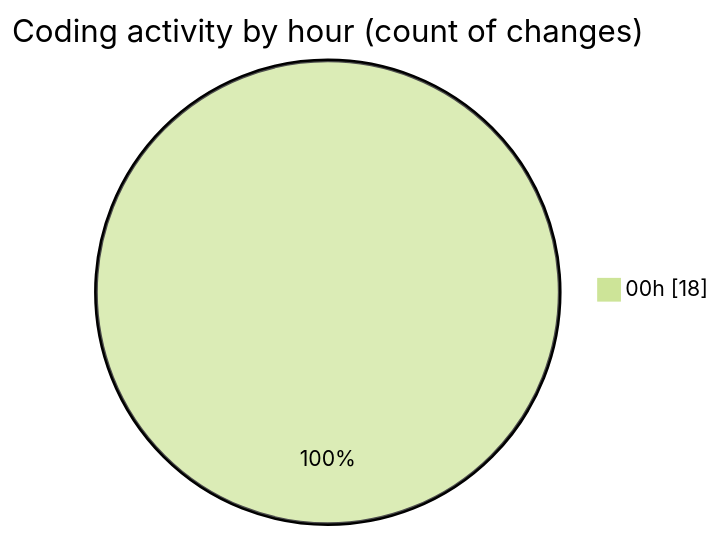
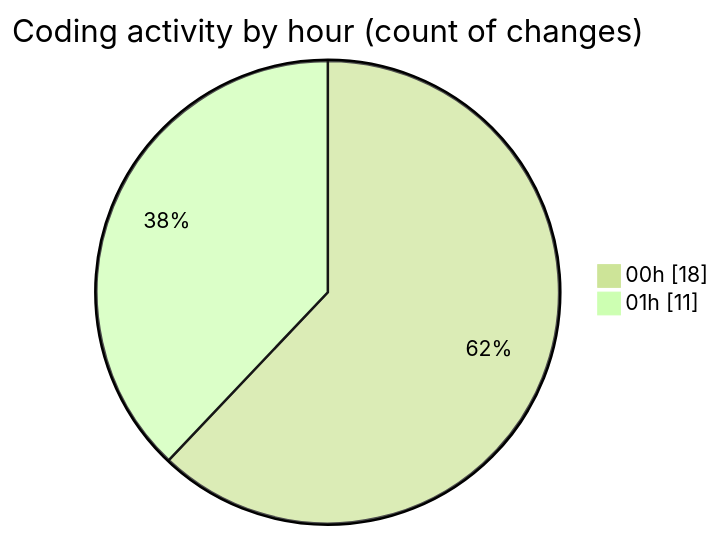
The second of 2 diagrams in 2025-05-12/elitesun/README.md (Elitesun/code-tracking), drawn with Mermaid (forest theme) before and after one commit. The commit also changed other lines of this file and 1 other file, not shown here.

````diff
--- a/2025-05-12/elitesun/README.md
+++ b/2025-05-12/elitesun/README.md
@@ -37,5 +42,6 @@
 ```mermaid
 pie showData
 title Coding activity by hour (count of changes)
 "00h" : 18
+"01h" : 11
 ```
````
